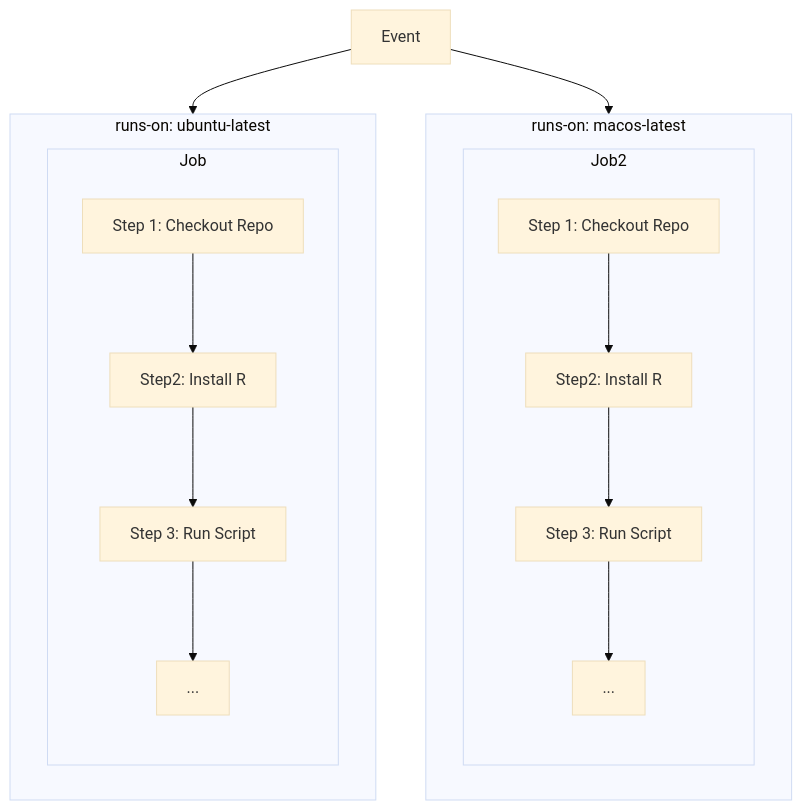
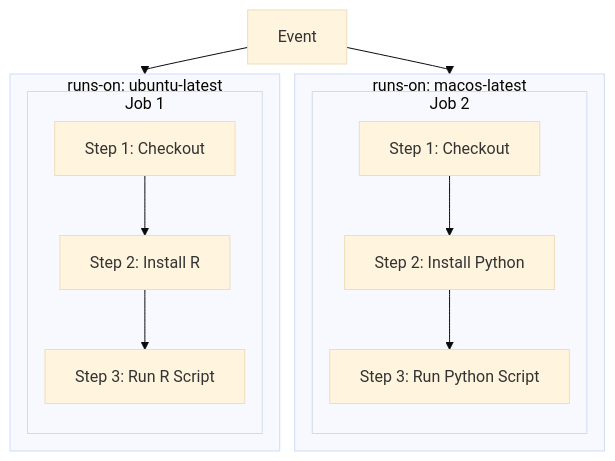
One commit to cct-datascience/workshop-wednesdays changed the diagram in 202411-github-actions/slides.qmd. Above: the diagram before and after it, drawn with Mermaid (base theme). The commit also changed other lines of this file, not shown here.

Commit message:
fix mermaid graph height

````diff
--- a/202411-github-actions/slides.qmd
+++ b/202411-github-actions/slides.qmd
@@ -143,23 +152,22 @@
 ```{mermaid}
 %%| fig-align: center
+%%| fig-height: 2
+%%{init:{'flowchart':{'nodeSpacing': 15, 'rankSpacing': 10}}}%%
 flowchart TD
     c["Event"]-->ubuntu
     c --> mac
         subgraph ubuntu [runs-on: ubuntu-latest]
-        subgraph Job
+        subgraph Job 1
             direction TB
-            a1["Step 1: Checkout Repo"]--> a2["Step2: Install R"]
-            a2 --> a3["Step 3: Run Script"]
-            a3 --> a4["..."]
+            a1["Step 1: Checkout"]--> a2["Step 2: Install R"]
+            a2--> a3["Step 3: Run R Script"]
         end
         end
         subgraph mac [runs-on: macos-latest]
-        subgraph Job2
+        subgraph Job 2
             direction TB
-            b1["Step 1: Checkout Repo"]--> b2["Step2: Install R"]
-            b2 --> b3["Step 3: Run Script"]
-            b3 --> b4["..."]
+            b1["Step 1: Checkout"]--> b2["Step 2: Install Python"]
+            b2--> b3["Step 3: Run Python Script"]
         end
         end
-
 ```
````
